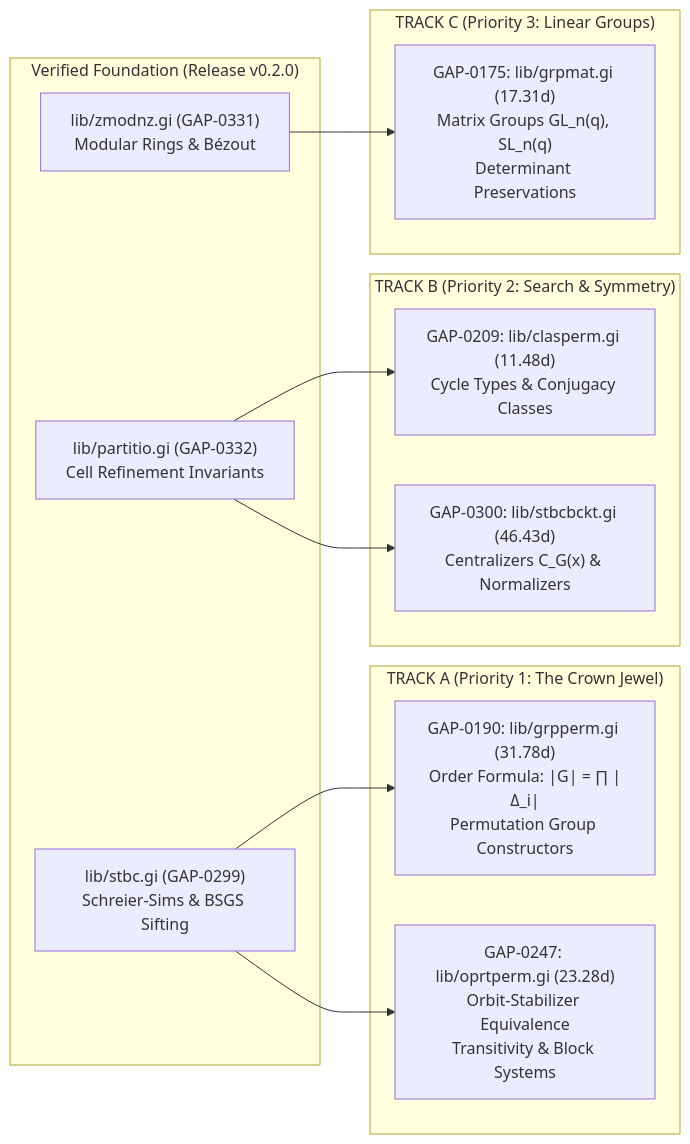
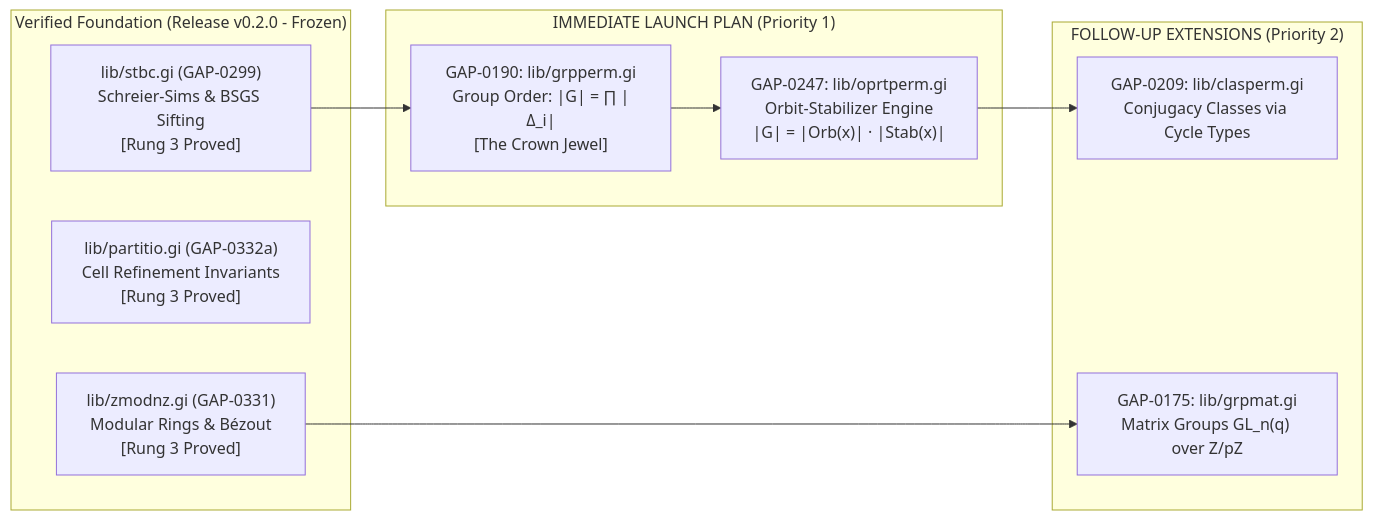
One commit to Lexovian/gap-lean4-port changed the second of 3 diagrams in docs/PHASE3_STRATEGIC_ROADMAP.md. Above: the diagram before and after it, drawn with Mermaid. The commit also changed other lines of this file and 1 other file, not shown here.

Commit message:
docs: establish Rung 0-5 ledger and align Phase 3 roadmap with Shared Terminology Guide v2

````diff
--- a/docs/PHASE3_STRATEGIC_ROADMAP.md
+++ b/docs/PHASE3_STRATEGIC_ROADMAP.md
@@ -83,28 +98,23 @@
 ```mermaid
 flowchart LR
-    subgraph Foundation["Verified Foundation (Release v0.2.0)"]
-        S["lib/stbc.gi (GAP-0299)<br/>Schreier-Sims & BSGS Sifting"]
-        P["lib/partitio.gi (GAP-0332)<br/>Cell Refinement Invariants"]
-        Z["lib/zmodnz.gi (GAP-0331)<br/>Modular Rings & Bézout"]
+    subgraph Foundation["Verified Foundation (Release v0.2.0 - Frozen)"]
+        S["lib/stbc.gi (GAP-0299)<br/>Schreier-Sims & BSGS Sifting<br/>[Rung 3 Proved]"]
+        P["lib/partitio.gi (GAP-0332a)<br/>Cell Refinement Invariants<br/>[Rung 3 Proved]"]
+        Z["lib/zmodnz.gi (GAP-0331)<br/>Modular Rings & Bézout<br/>[Rung 3 Proved]"]
     end
 
-    subgraph TrackA["TRACK A (Priority 1: The Crown Jewel)"]
-        A1["GAP-0190: lib/grpperm.gi (31.78d)<br/>Order Formula: |G| = ∏ |Δ_i|<br/>Permutation Group Constructors"]
-        A2["GAP-0247: lib/oprtperm.gi (23.28d)<br/>Orbit-Stabilizer Equivalence<br/>Transitivity & Block Systems"]
+    subgraph Phase3Immediate["IMMEDIATE LAUNCH PLAN (Priority 1)"]
+        A1["GAP-0190: lib/grpperm.gi<br/>Group Order: |G| = ∏ |Δ_i|<br/>[The Crown Jewel]"]
+        A2["GAP-0247: lib/oprtperm.gi<br/>Orbit-Stabilizer Engine<br/>|G| = |Orb(x)| · |Stab(x)|"]
     end
 
-    subgraph TrackB["TRACK B (Priority 2: Search & Symmetry)"]
-        B1["GAP-0209: lib/clasperm.gi (11.48d)<br/>Cycle Types & Conjugacy Classes"]
-        B2["GAP-0300: lib/stbcbckt.gi (46.43d)<br/>Centralizers C_G(x) & Normalizers"]
-    end
-
-    subgraph TrackC["TRACK C (Priority 3: Linear Groups)"]
-        C1["GAP-0175: lib/grpmat.gi (17.31d)<br/>Matrix Groups GL_n(q), SL_n(q)<br/>Determinant Preservations"]
+    subgraph Phase3Followup["FOLLOW-UP EXTENSIONS (Priority 2)"]
+        B1["GAP-0209: lib/clasperm.gi<br/>Conjugacy Classes via Cycle Types"]
+        C1["GAP-0175: lib/grpmat.gi<br/>Matrix Groups GL_n(q) over Z/pZ"]
     end
 
     S --> A1
-    S --> A2
-    P --> B1
-    P --> B2
+    A1 --> A2
+    A2 --> B1
     Z --> C1
 ```
````
